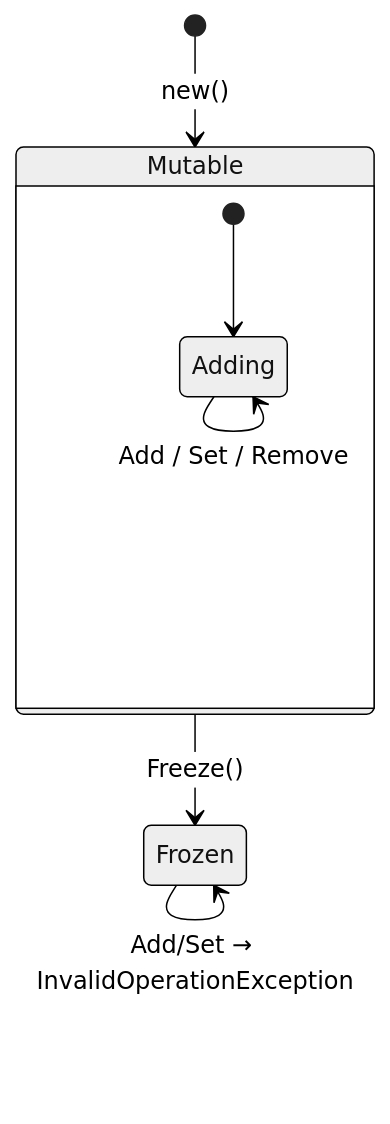
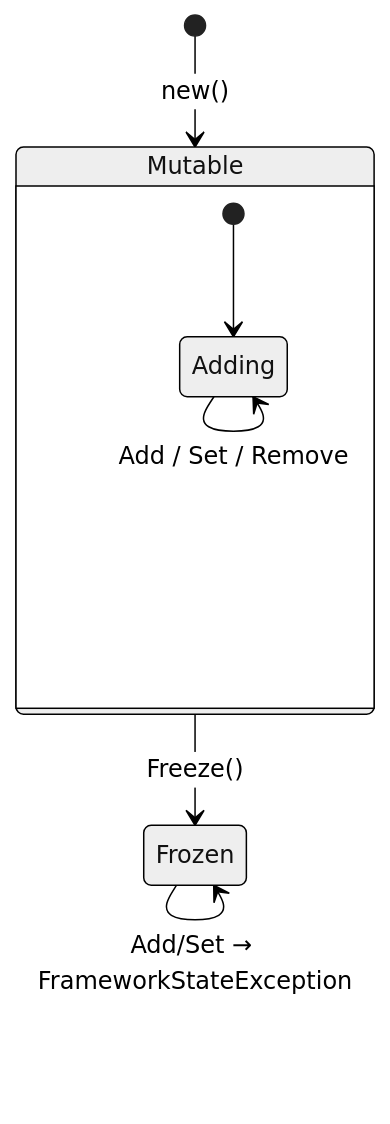
One commit to DeadMoon0/TestFramework-Core changed diagram 13 of 16 in Documentation/Arc42.md. Above: the diagram before and after it, drawn with Mermaid (neutral theme). The commit also changed other lines of this file and 4 other files, not shown here.

````diff
--- a/Documentation/Arc42.md
+++ b/Documentation/Arc42.md
@@ -465,10 +465,10 @@
 ```mermaid
 stateDiagram-v2
     [*] --> Mutable : new()
     Mutable --> Frozen : Freeze()
-    Frozen --> Frozen : Add/Set → InvalidOperationException
+    Frozen --> Frozen : Add/Set → FrameworkStateException
     state Mutable {
         [*] --> Adding
         Adding --> Adding : Add / Set / Remove
     }
 ```
````
